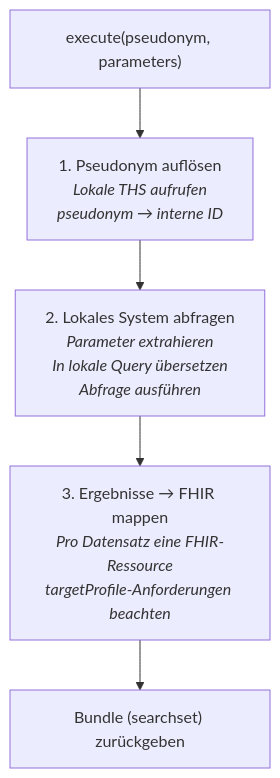
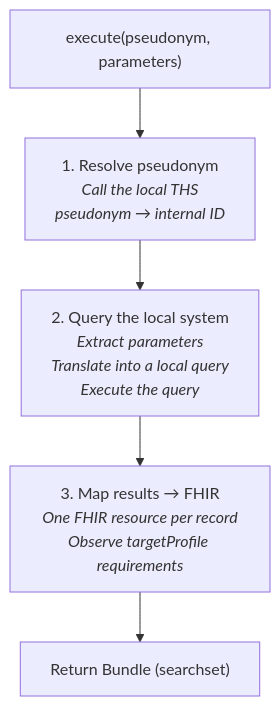
The third of 4 diagrams in PDS_INTEGRATION.md (forschungsgruppe-digital-health/pds-query-broker), drawn with Mermaid before and after one commit. The commit also changed other lines of this file and 40 other files, not shown here.

````diff
--- a/PDS_INTEGRATION.md
+++ b/PDS_INTEGRATION.md
@@ -212,11 +212,11 @@
 ```mermaid
 flowchart TB
     A["execute(pseudonym, parameters)"]
-    B["1. Pseudonym auflösen<br/><i>Lokale THS aufrufen<br/>pseudonym → interne ID</i>"]
-    C["2. Lokales System abfragen<br/><i>Parameter extrahieren<br/>In lokale Query übersetzen<br/>Abfrage ausführen</i>"]
-    D["3. Ergebnisse → FHIR mappen<br/><i>Pro Datensatz eine FHIR-Ressource<br/>targetProfile-Anforderungen beachten</i>"]
-    E["Bundle (searchset) zurückgeben"]
+    B["1. Resolve pseudonym<br/><i>Call the local THS<br/>pseudonym → internal ID</i>"]
+    C["2. Query the local system<br/><i>Extract parameters<br/>Translate into a local query<br/>Execute the query</i>"]
+    D["3. Map results → FHIR<br/><i>One FHIR resource per record<br/>Observe targetProfile requirements</i>"]
+    E["Return Bundle (searchset)"]
 
     A --> B --> C --> D --> E
 
 ```
````
